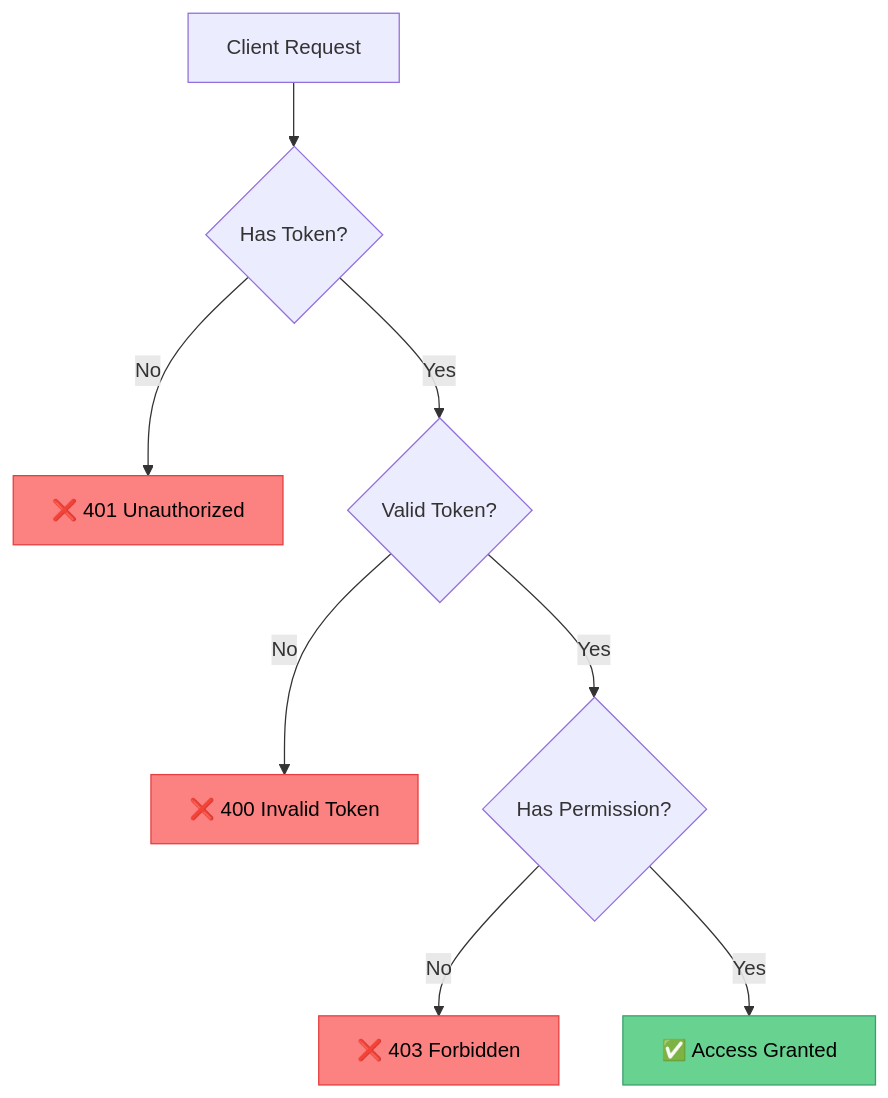
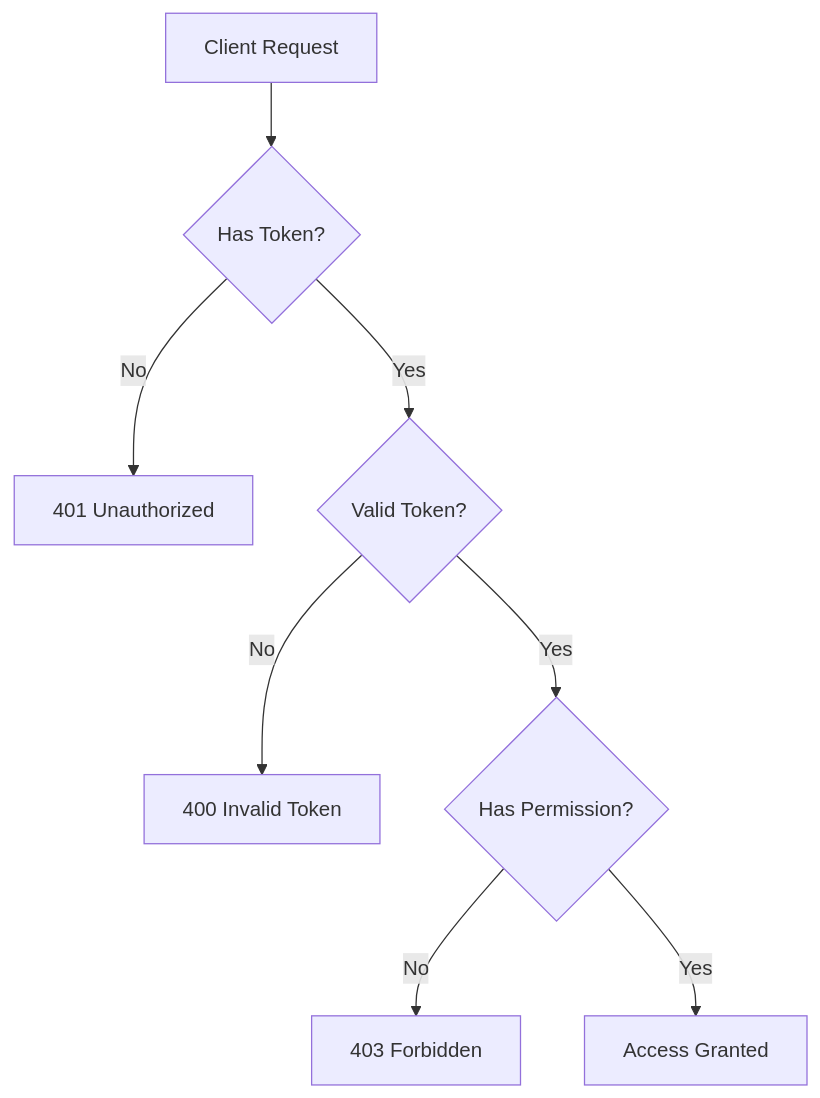
Before and after one commit to VIVES-Zuid/node: the diagram in 10-Auth-And-Auth/01-intro.md, drawn with Mermaid. The commit also changed other lines of this file and 17 other files, not shown here.

````diff
--- a/10-Auth-And-Auth/01-intro.md
+++ b/10-Auth-And-Auth/01-intro.md
@@ -37,14 +77,10 @@
 ```mermaid
 graph TB
     A[Client Request] --> B{Has Token?}
-    B -->|No| C[❌ 401 Unauthorized]
+    B -->|No| C[401 Unauthorized]
     B -->|Yes| D{Valid Token?}
-    D -->|No| E[❌ 400 Invalid Token]
+    D -->|No| E[400 Invalid Token]
     D -->|Yes| F{Has Permission?}
-    F -->|No| G[❌ 403 Forbidden]
-    F -->|Yes| H[✅ Access Granted]
-    style H fill:#68d391,stroke:#38a169,color:#000
-    style C fill:#fc8181,stroke:#e53e3e,color:#000
-    style E fill:#fc8181,stroke:#e53e3e,color:#000
-    style G fill:#fc8181,stroke:#e53e3e,color:#000
+    F -->|No| G[403 Forbidden]
+    F -->|Yes| H[Access Granted]
 ```
````
